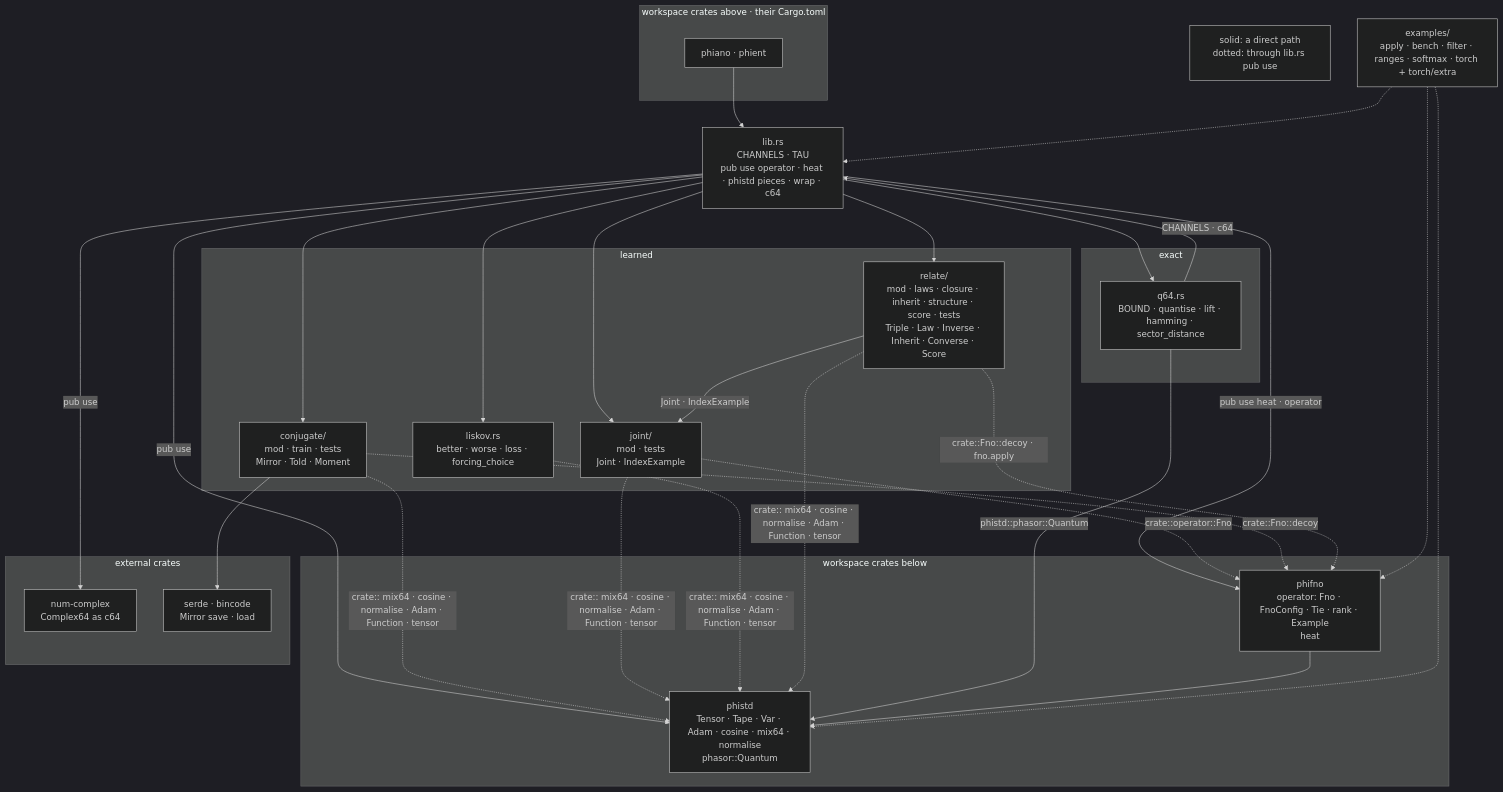
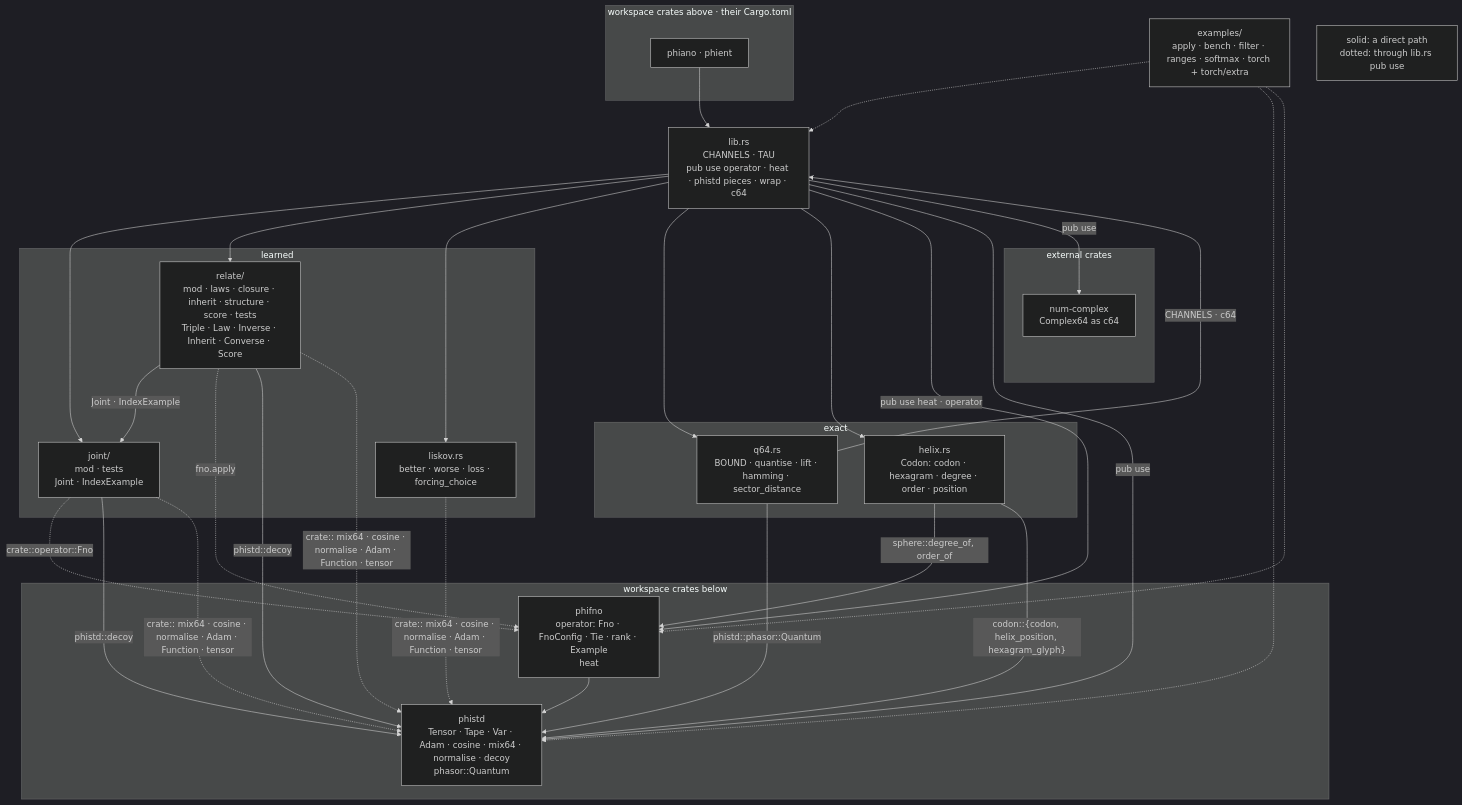
The first of 2 diagrams in crates/phical/ARCHITECTURE.md (gemphi/phinet), drawn with Mermaid (dark theme) before and after one commit. The commit also changed other lines of this file and 105 other files, not shown here.

````diff
--- a/crates/phical/ARCHITECTURE.md
+++ b/crates/phical/ARCHITECTURE.md
@@ -5,42 +5,42 @@
 ```mermaid
 graph TD
     lib["lib.rs<br/>CHANNELS · TAU<br/>pub use operator · heat · phistd pieces · wrap · c64"]
     subgraph learned["learned"]
-        conjugate["conjugate/<br/>mod · train · tests<br/>Mirror · Told · Moment"]
         joint["joint/<br/>mod · tests<br/>Joint · IndexExample"]
         relate["relate/<br/>mod · laws · closure · inherit · structure · score · tests<br/>Triple · Law · Inverse · Inherit · Converse · Score"]
         liskov["liskov.rs<br/>better · worse · loss · forcing_choice"]
     end
     subgraph exact["exact"]
         q64["q64.rs<br/>BOUND · quantise · lift · hamming · sector_distance"]
+        helix["helix.rs<br/>Codon: codon · hexagram · degree · order · position"]
     end
     subgraph below["workspace crates below"]
         phifno["phifno<br/>operator: Fno · FnoConfig · Tie · rank · Example<br/>heat"]
-        phistd["phistd<br/>Tensor · Tape · Var · Adam · cosine · mix64 · normalise<br/>phasor::Quantum"]
+        phistd["phistd<br/>Tensor · Tape · Var · Adam · cosine · mix64 · normalise · decoy<br/>phasor::Quantum"]
     end
     subgraph outside["external crates"]
         numc["num-complex<br/>Complex64 as c64"]
-        ser["serde · bincode<br/>Mirror save · load"]
     end
     subgraph above["workspace crates above · their Cargo.toml"]
         users["phiano · phient"]
     end
     examples["examples/<br/>apply · bench · filter · ranges · softmax · torch + torch/extra"]
 
-    lib --> conjugate & joint & relate & liskov & q64
+    lib --> joint & relate & liskov & q64 & helix
+    helix -->|"sphere::degree_of, order_of"| phifno
+    helix -->|"codon::{codon, helix_position, hexagram_glyph}"| phistd
     lib -->|"pub use heat · operator"| phifno
     lib -->|"pub use"| phistd
     lib -->|"pub use"| numc
     relate -->|"Joint · IndexExample"| joint
     joint -.->|"crate::operator::Fno"| phifno
-    conjugate -.->|"crate::Fno::decoy"| phifno
-    relate -.->|"crate::Fno::decoy · fno.apply"| phifno
-    conjugate & joint & liskov & relate -.->|"crate:: mix64 · cosine · normalise · Adam · Function · tensor"| phistd
+    relate -.->|"fno.apply"| phifno
+    joint & relate -->|"phistd::decoy"| phistd
+    joint & liskov & relate -.->|"crate:: mix64 · cosine · normalise · Adam · Function · tensor"| phistd
     q64 -->|"phistd::phasor::Quantum"| phistd
     q64 -->|"CHANNELS · c64"| lib
-    conjugate --> ser
     phifno --> phistd
     users --> lib
     examples -.-> lib & phistd & phifno
     key["solid: a direct path<br/>dotted: through lib.rs pub use"]
 ```
````
